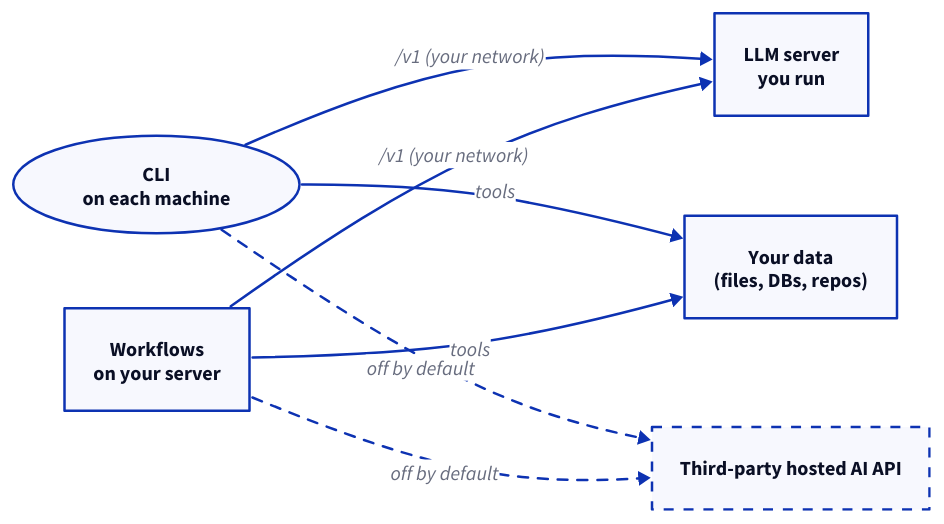
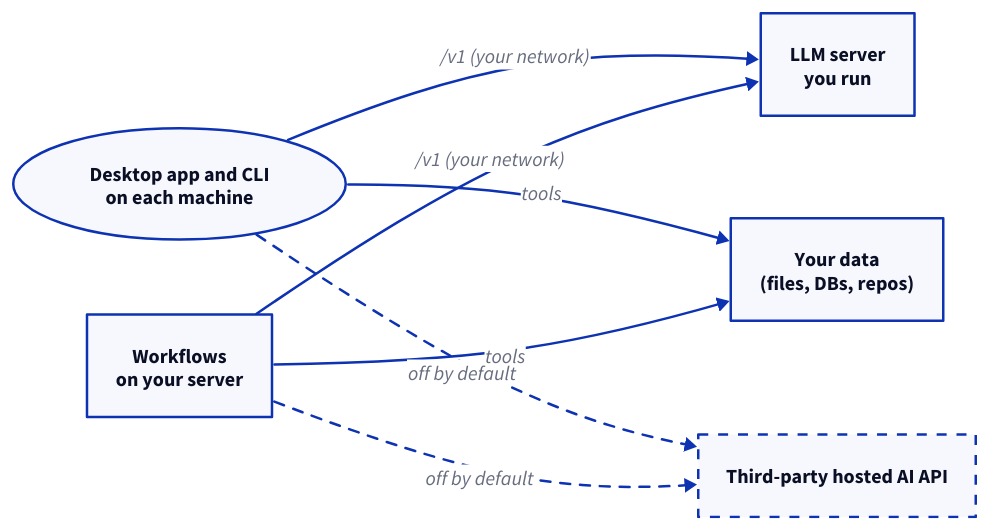
The first of 2 diagrams in docs/v2/start/data-sovereignty.md (kdeps/kdeps), drawn with D2 before and after one commit. The commit also changed other lines of this file and 89 other files, not shown here.

Commit message:
revert: restore the desktop app (#1658)

````diff
--- a/docs/v2/start/data-sovereignty.md
+++ b/docs/v2/start/data-sovereignty.md
@@ -12,16 +12,16 @@
 ```d2
 direction: right
 
-U: "CLI\non each machine" {shape: oval}
+U: "Desktop app and CLI\non each machine" {shape: oval}
 W: "Workflows\non your server"
 L: "LLM server\nyou run"
 D: "Your data\n(files, DBs, repos)"
 X: "Third-party hosted AI API" {style.stroke-dash: 4}
 
 U -> L: "/v1 (your network)"
 W -> L: "/v1 (your network)"
 U -> D: tools
 W -> D: tools
 U -> X: "off by default" {style.stroke-dash: 4}
 W -> X: "off by default" {style.stroke-dash: 4}
 ```
````
